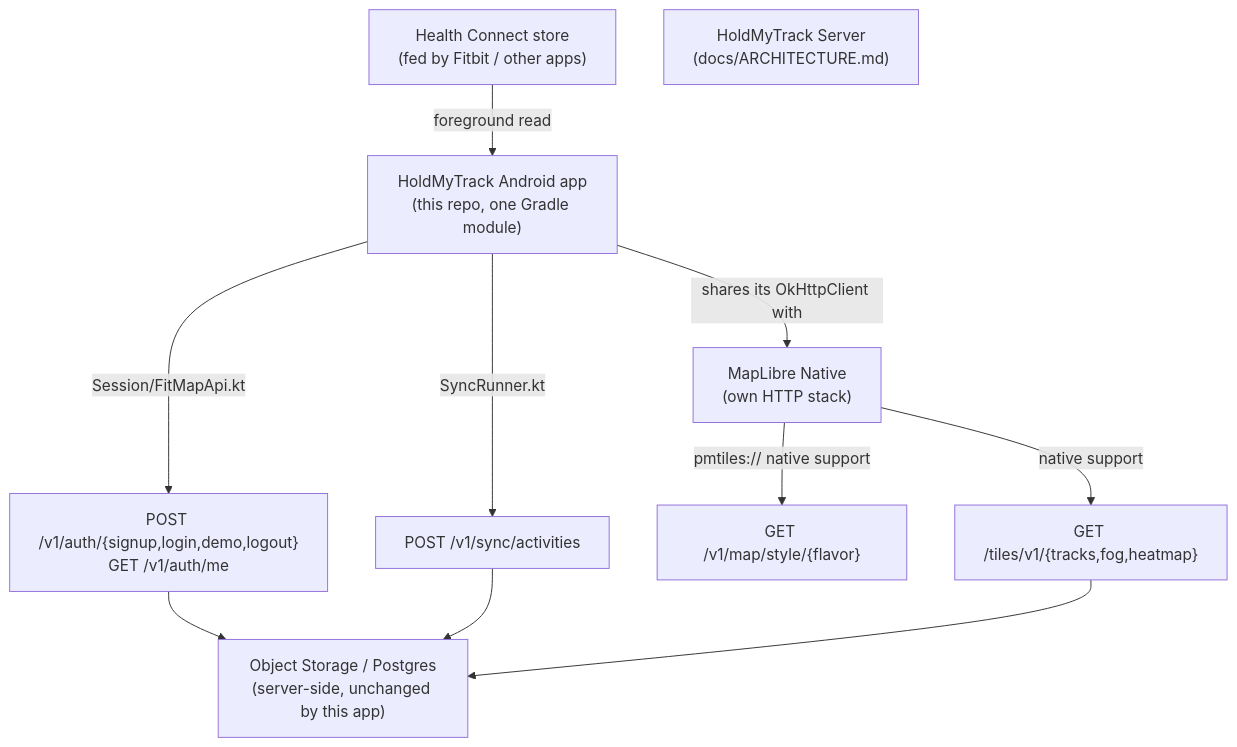
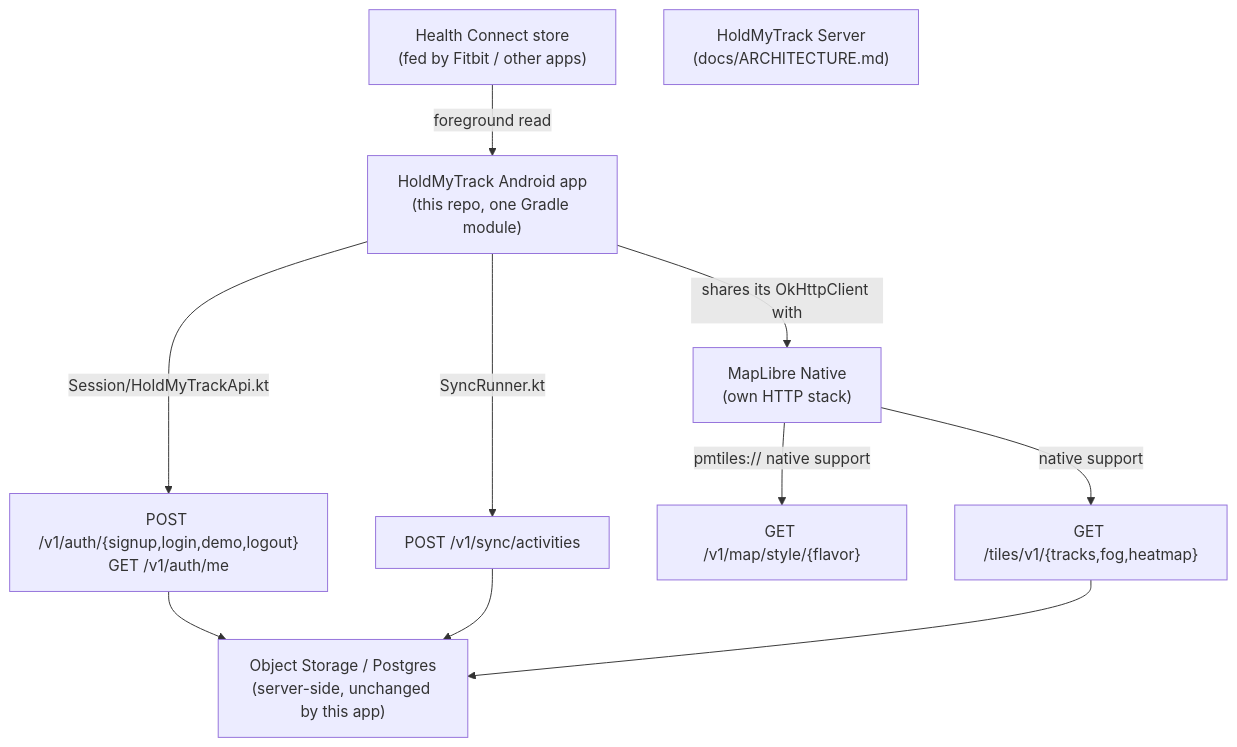
Before and after one commit to HoldMyTrack/holdmytrack: the diagram in apps/android/docs/ARCHITECTURE.md, drawn with Mermaid. The commit also changed other lines of this file and 143 other files, not shown here.

First line of the commit message:
Rename remaining FitMap identifiers to HoldMyTrack

````diff
--- a/apps/android/docs/ARCHITECTURE.md
+++ b/apps/android/docs/ARCHITECTURE.md
@@ -34,22 +34,22 @@
 ```mermaid
 graph TD
     HC["Health Connect store\n(fed by Fitbit / other apps)"]
     App["HoldMyTrack Android app\n(this repo, one Gradle module)"]
     MLN["MapLibre Native\n(own HTTP stack)"]
     Api["HoldMyTrack Server\n(docs/ARCHITECTURE.md)"]
     Style["GET /v1/map/style/{flavor}"]
     Tiles["GET /tiles/v1/{tracks,fog,heatmap}"]
     Sync["POST /v1/sync/activities"]
     Auth["POST /v1/auth/{signup,login,demo,logout}\nGET /v1/auth/me"]
     Store["Object Storage / Postgres\n(server-side, unchanged by this app)"]
 
     HC -->|foreground read| App
-    App -->|Session/FitMapApi.kt| Auth
+    App -->|Session/HoldMyTrackApi.kt| Auth
     App -->|SyncRunner.kt| Sync
     App -->|shares its OkHttpClient with| MLN
     MLN -->|pmtiles:// native support| Style
     MLN -->|native support| Tiles
     Auth --> Store
     Sync --> Store
     Tiles --> Store
 ```
````
